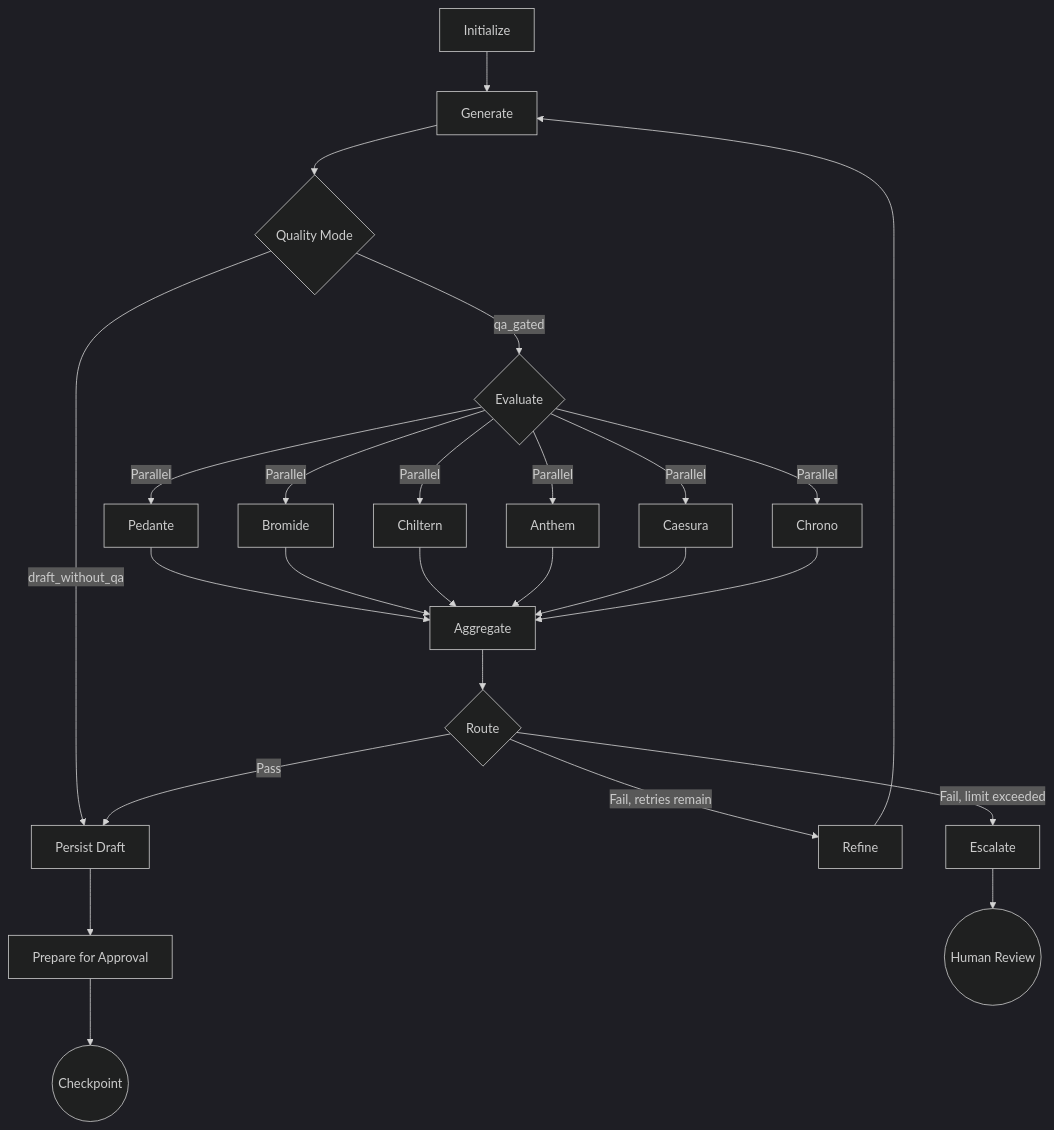
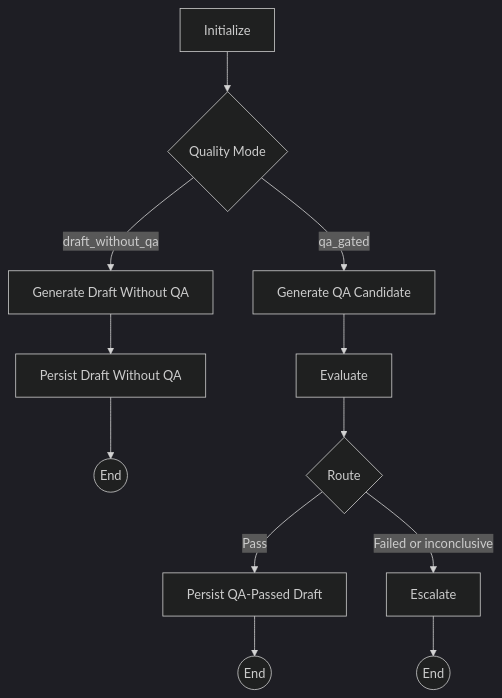
The seventh of 22 diagrams in docs/episodic-podcast-generation-system-design.md (leynos/episodic), drawn with Mermaid (dark theme) before and after one commit. The commit also changed other lines of this file and 8 other files, not shown here.

````diff
--- a/docs/episodic-podcast-generation-system-design.md
+++ b/docs/episodic-podcast-generation-system-design.md
@@ -1034,27 +1045,14 @@
 ```mermaid
 flowchart TD
-    A[Initialize] --> B[Generate]
-    B --> C{Quality Mode}
-    C -->|draft_without_qa| P[Persist Draft]
-    C -->|qa_gated| Q{Evaluate}
-    Q -->|Parallel| D1[Pedante]
-    Q -->|Parallel| D2[Bromide]
-    Q -->|Parallel| D3[Chiltern]
-    Q -->|Parallel| D4[Anthem]
-    Q -->|Parallel| D5[Caesura]
-    Q -->|Parallel| D6[Chrono]
-    D1 --> E[Aggregate]
-    D2 --> E
-    D3 --> E
-    D4 --> E
-    D5 --> E
-    D6 --> E
-    E --> F{Route}
-    F -->|Pass| P
-    F -->|Fail, retries remain| H[Refine]
-    F -->|Fail, limit exceeded| I[Escalate]
-    H --> B
-    P --> G[Prepare for Approval]
-    G --> J((Checkpoint))
-    I --> K((Human Review))
+    A[Initialize] --> C{Quality Mode}
+    C -->|draft_without_qa| B1[Generate Draft Without QA]
+    B1 --> P1[Persist Draft Without QA]
+    P1 --> E1((End))
+    C -->|qa_gated| B2[Generate QA Candidate]
+    B2 --> Q[Evaluate]
+    Q --> F{Route}
+    F -->|Pass| P2[Persist QA-Passed Draft]
+    P2 --> E2((End))
+    F -->|Failed or inconclusive| I[Escalate]
+    I --> E3((End))
 ```
````
